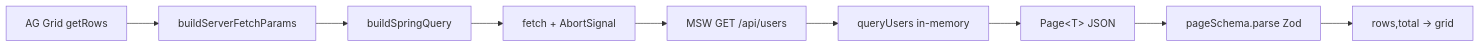
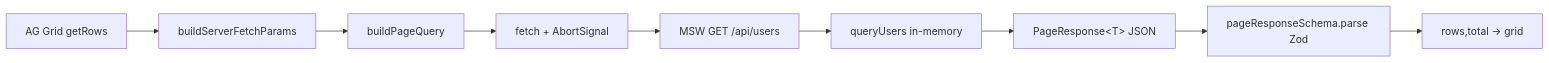
The sixth of 12 diagrams in ARCHITECTURE.md (imsaroj/automatic-octo-fiesta), drawn with Mermaid before and after one commit. The commit also changed other lines of this file and 16 other files, not shown here.

````diff
--- a/ARCHITECTURE.md
+++ b/ARCHITECTURE.md
@@ -776,11 +776,11 @@
 ```mermaid
 flowchart LR
   A[AG Grid getRows] --> B[buildServerFetchParams]
-  B --> C[buildSpringQuery]
+  B --> C[buildPageQuery]
   C --> D[fetch + AbortSignal]
   D --> E[MSW GET /api/users]
   E --> F[queryUsers in-memory]
-  F --> G[Page&lt;T&gt; JSON]
-  G --> H[pageSchema.parse Zod]
+  F --> G[PageResponse&lt;T&gt; JSON]
+  G --> H[pageResponseSchema.parse Zod]
   H --> I[rows,total → grid]
 ```
````
